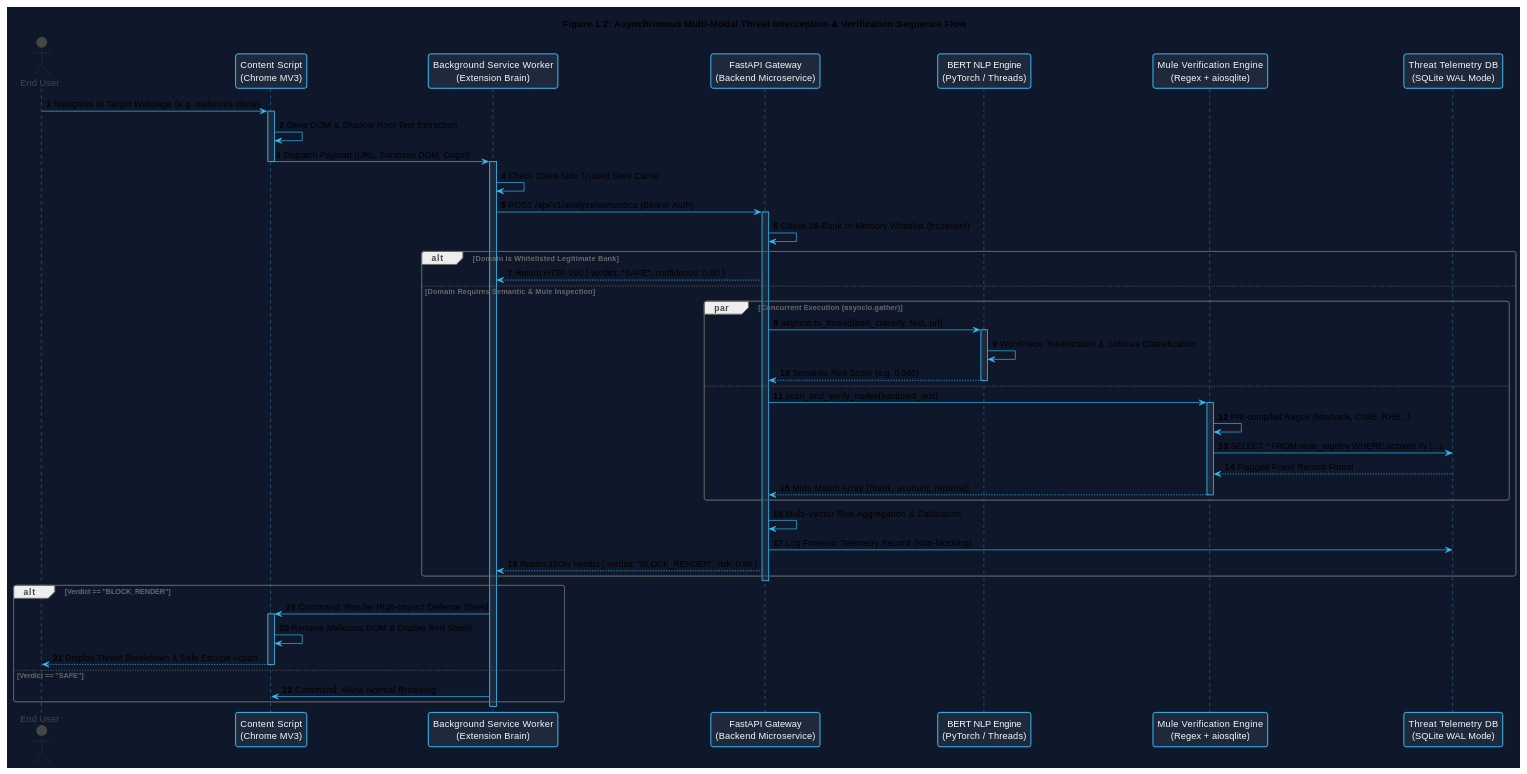
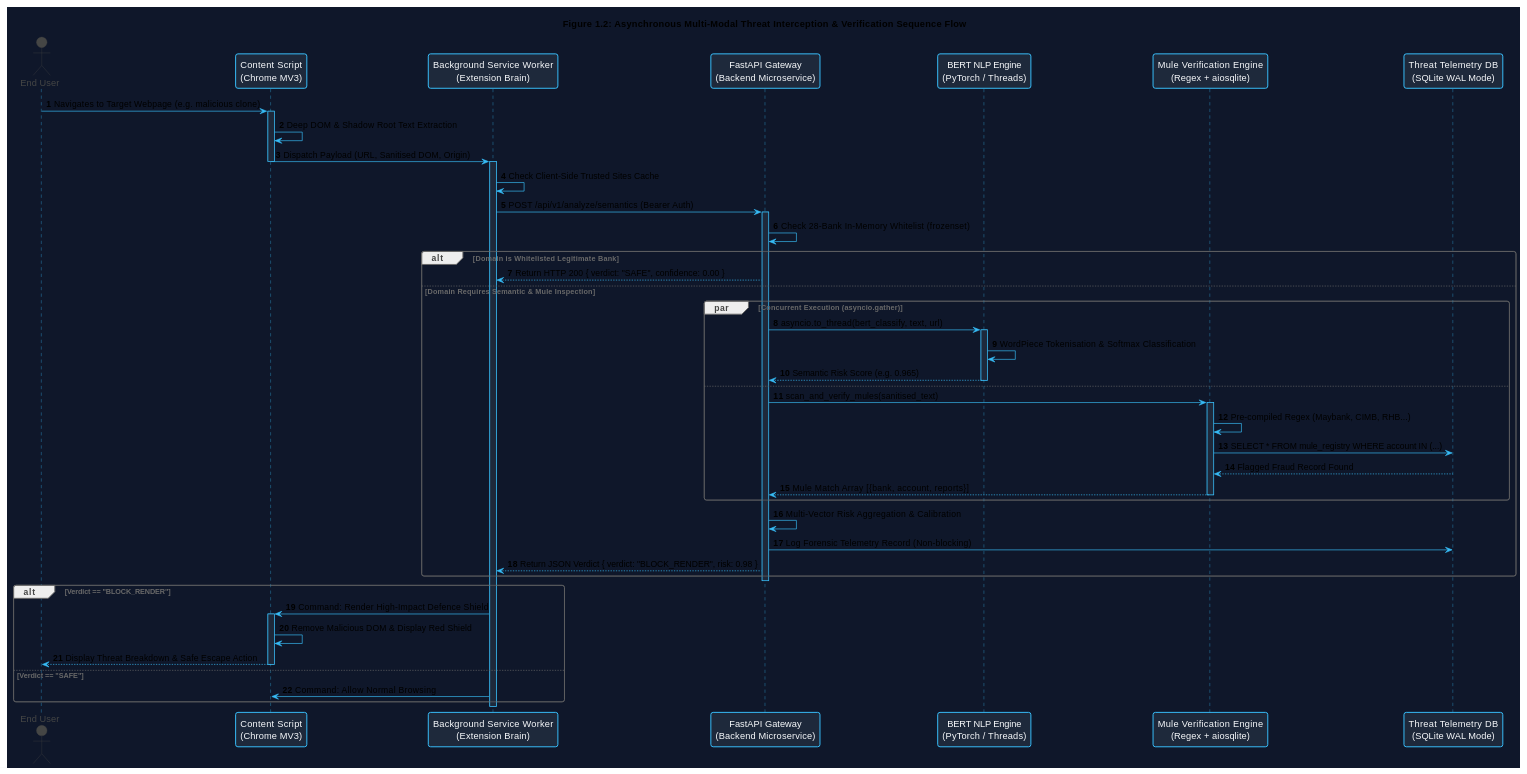
One commit to KunTheNoobie/PhishGuard-AI-Complete changed the third of 4 diagrams in report/Chapter_1_Introduction.md. Above: the diagram before and after it, drawn with PlantUML. The commit also changed other lines of this file and 1 other file, not shown here.

````diff
--- a/report/Chapter_1_Introduction.md
+++ b/report/Chapter_1_Introduction.md
@@ -413,72 +496,72 @@
 ```plantuml
 @startuml Threat_Interception_Sequence_Chapter_1
 !theme vibrant
 skinparam backgroundColor #0f172a
 skinparam ArrowColor #38bdf8
 skinparam SequenceLifeLineBorderColor #38bdf8
 skinparam SequenceLifeLineBackgroundColor #1e293b
 skinparam ParticipantBorderColor #38bdf8
 skinparam ParticipantBackgroundColor #1e293b
 skinparam ParticipantFontColor #f8fafc
 
 title Figure 1.2: Asynchronous Multi-Modal Threat Interception & Verification Sequence Flow
 
 autonumber
 actor "End User" as User
 participant "Content Script\n(Chrome MV3)" as CS
 participant "Background Service Worker\n(Extension Brain)" as SW
 participant "FastAPI Gateway\n(Backend Microservice)" as API
 participant "BERT NLP Engine\n(PyTorch / Threads)" as BERT
 participant "Mule Verification Engine\n(Regex + aiosqlite)" as MULE
 participant "Threat Telemetry DB\n(SQLite WAL Mode)" as DB
 
 User -> CS : Navigates to Target Webpage (e.g. malicious clone)
 activate CS
 CS -> CS : Deep DOM & Shadow Root Text Extraction
-CS -> SW : Dispatch Payload (URL, Sanitized DOM, Origin)
+CS -> SW : Dispatch Payload (URL, Sanitised DOM, Origin)
 deactivate CS
 
 activate SW
 SW -> SW : Check Client-Side Trusted Sites Cache
 SW -> API : POST /api/v1/analyze/semantics (Bearer Auth)
 activate API
 
 API -> API : Check 28-Bank In-Memory Whitelist (frozenset)
 alt Domain is Whitelisted Legitimate Bank
     API --> SW : Return HTTP 200 { verdict: "SAFE", confidence: 0.00 }
 else Domain Requires Semantic & Mule Inspection
     par Concurrent Execution (asyncio.gather)
         API -> BERT : asyncio.to_thread(bert_classify, text, url)
         activate BERT
-        BERT -> BERT : WordPiece Tokenization & Softmax Classification
+        BERT -> BERT : WordPiece Tokenisation & Softmax Classification
         BERT --> API : Semantic Risk Score (e.g. 0.965)
         deactivate BERT
     else
-        API -> MULE : scan_and_verify_mules(sanitized_text)
+        API -> MULE : scan_and_verify_mules(sanitised_text)
         activate MULE
         MULE -> MULE : Pre-compiled Regex (Maybank, CIMB, RHB...)
         MULE -> DB : SELECT * FROM mule_registry WHERE account IN (...)
         DB --> MULE : Flagged Fraud Record Found
         MULE --> API : Mule Match Array [{bank, account, reports}]
         deactivate MULE
     end
 
     API -> API : Multi-Vector Risk Aggregation & Calibration
     API -> DB : Log Forensic Telemetry Record (Non-blocking)
     API --> SW : Return JSON Verdict { verdict: "BLOCK_RENDER", risk: 0.98 }
 end
 deactivate API
 
 alt Verdict == "BLOCK_RENDER"
-    SW -> CS : Command: Render High-Impact Defense Shield
+    SW -> CS : Command: Render High-Impact Defence Shield
     activate CS
     CS -> CS : Remove Malicious DOM & Display Red Shield
     CS --> User : Display Threat Breakdown & Safe Escape Action
     deactivate CS
 else Verdict == "SAFE"
     SW -> CS : Command: Allow Normal Browsing
 end
 deactivate SW
 
 @enduml
 ```
````
